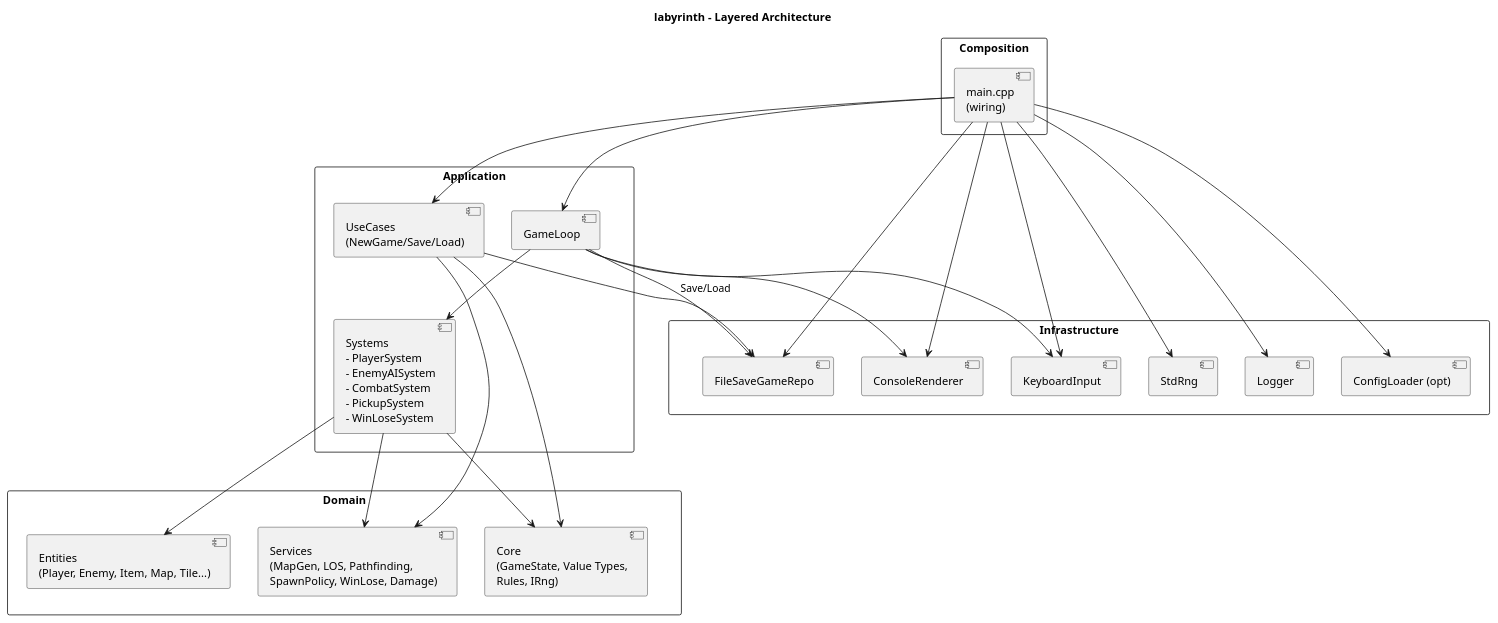
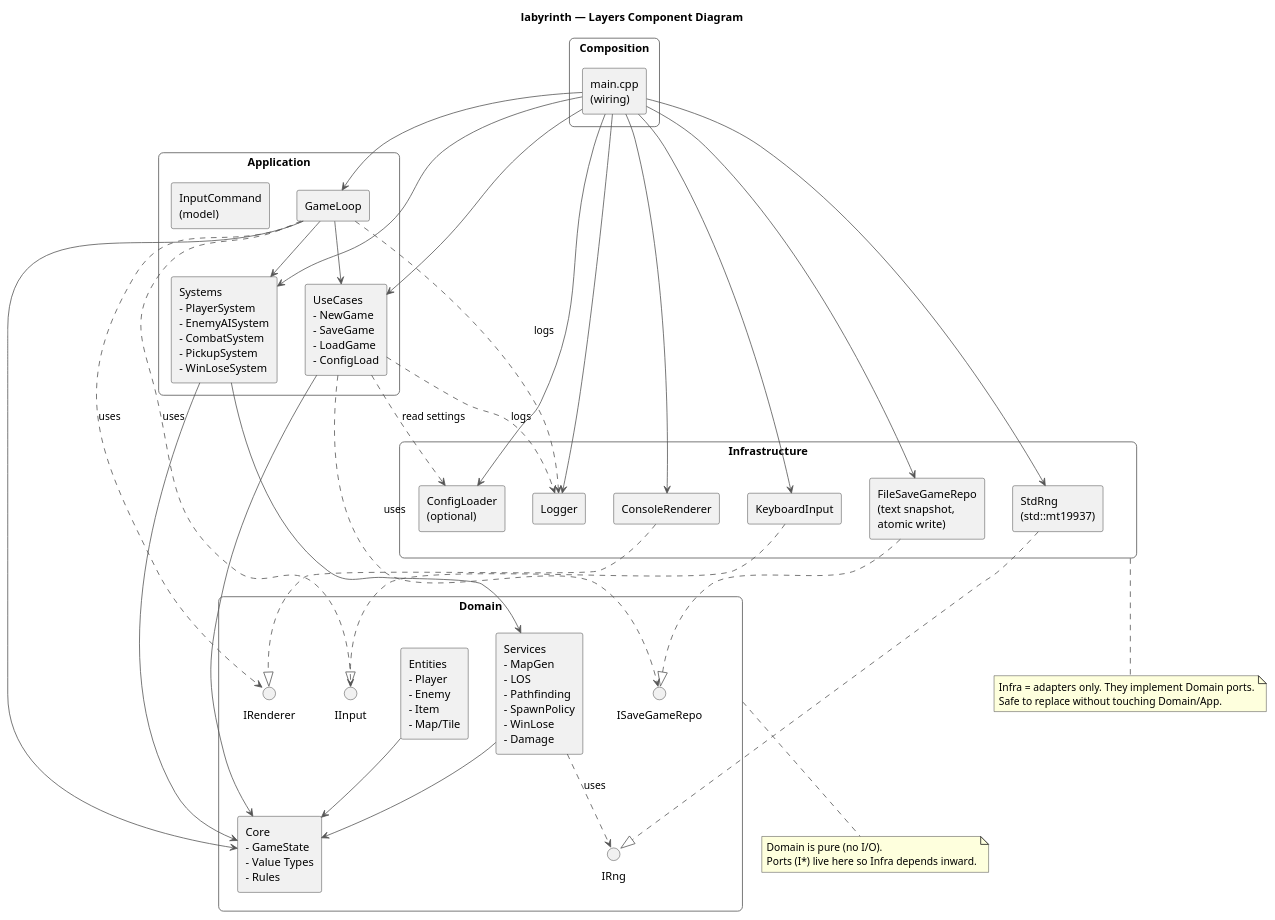
The diagram in docs/diagrams/layers_ComponentD.puml (Sage-Cat/labyrinth_game), drawn with PlantUML before and after one commit. The commit also changed 1 other file, not shown here.

Commit message:
Update docs and diagram

```diff
--- a/docs/diagrams/layers_ComponentD.puml
+++ b/docs/diagrams/layers_ComponentD.puml
@@ -1,53 +1,96 @@
 @startuml
-title "labyrinth – Layered Architecture"
+title "labyrinth — Layers Component Diagram"
 
-rectangle "Composition" as Composition {
-  component "main.cpp\n(wiring)" as Main
+skinparam componentStyle rectangle
+skinparam rectangle {
+  RoundCorner 12
+  BorderColor #555
+}
+skinparam shadowing false
+skinparam packageStyle rectangle
+skinparam ArrowColor #555
+skinparam packageTitleFontColor #222
+
+' ================== LAYERS ==================
+rectangle "Composition" as L_Composition {
+  component "main.cpp\n(wiring)" as C_Main
 }
 
-rectangle "Application" as App {
-  component "GameLoop" as GameLoop
-  component "UseCases\n(NewGame/Save/Load)" as UseCases
-  component "Systems\n- PlayerSystem\n- EnemyAISystem\n- CombatSystem\n- PickupSystem\n- WinLoseSystem" as Systems
+rectangle "Application" as L_App {
+  component "GameLoop" as C_GameLoop
+  component "UseCases\n- NewGame\n- SaveGame\n- LoadGame\n- ConfigLoad" as C_UseCases
+  component "Systems\n- PlayerSystem\n- EnemyAISystem\n- CombatSystem\n- PickupSystem\n- WinLoseSystem" as C_Systems
+  component "InputCommand\n(model)" as C_InputModel
 }
 
-rectangle "Domain" as Domain {
-  component "Entities\n(Player, Enemy, Item, Map, Tile...)" as Entities
-  component "Services\n(MapGen, LOS, Pathfinding,\nSpawnPolicy, WinLose, Damage)" as Services
-  component "Core\n(GameState, Value Types,\nRules, IRng)" as Core
+rectangle "Domain" as L_Domain {
+  component "Core\n- GameState\n- Value Types\n- Rules" as C_Core
+  component "Entities\n- Player\n- Enemy\n- Item\n- Map/Tile" as C_Entities
+  component "Services\n- MapGen\n- LOS\n- Pathfinding\n- SpawnPolicy\n- WinLose\n- Damage" as C_Services
+
+  interface "IRng" as I_Rng
+  interface "ISaveGameRepo" as I_SaveRepo
+  interface "IRenderer" as I_Renderer
+  interface "IInput" as I_Input
 }
 
-rectangle "Infrastructure" as Infra {
-  component "ConsoleRenderer" as ConsoleRenderer
-  component "KeyboardInput" as KeyboardInput
-  component "FileSaveGameRepo" as FileSave
-  component "StdRng" as StdRng
-  component "Logger" as Logger
-  component "ConfigLoader (opt)" as Config
+rectangle "Infrastructure" as L_Infra {
+  component "ConsoleRenderer" as C_ConsoleRenderer
+  component "KeyboardInput" as C_KeyboardInput
+  component "FileSaveGameRepo\n(text snapshot,\natomic write)" as C_FileRepo
+  component "StdRng\n(std::mt19937)" as C_StdRng
+  component "Logger" as C_Logger
+  component "ConfigLoader\n(optional)" as C_Config
 }
 
-Main --> GameLoop
-Main --> UseCases
-Main --> ConsoleRenderer
-Main --> KeyboardInput
-Main --> FileSave
-Main --> StdRng
-Main --> Logger
-Main --> Config
+' ================== DEPENDENCY RULES ==================
+' App depends inward on Domain (policies & state)
+C_GameLoop --> C_Core
+C_GameLoop --> C_Systems
+C_GameLoop --> C_UseCases
+C_UseCases --> C_Core
+C_Systems  --> C_Core
+C_Systems  --> C_Services
+C_Services --> C_Core
+C_Entities --> C_Core
 
-GameLoop --> Systems
-GameLoop --> ConsoleRenderer
-GameLoop --> KeyboardInput
-GameLoop --> FileSave : Save/Load
+' Ports (domain-facing interfaces) required by App
+C_GameLoop ..> I_Renderer : uses
+C_GameLoop ..> I_Input    : uses
+C_UseCases  ..> I_SaveRepo: uses
+C_Services  ..> I_Rng     : uses
 
-Systems --> Entities
-Systems --> Services
-Systems --> Core
+' Infra implements Domain ports (adapters)
+C_ConsoleRenderer ..|> I_Renderer
+C_KeyboardInput   ..|> I_Input
+C_FileRepo        ..|> I_SaveRepo
+C_StdRng          ..|> I_Rng
 
-UseCases --> Services
-UseCases --> Core
-UseCases --> FileSave
+' Composition wires everything together
+C_Main --> C_GameLoop
+C_Main --> C_UseCases
+C_Main --> C_Systems
+C_Main --> C_ConsoleRenderer
+C_Main --> C_KeyboardInput
+C_Main --> C_FileRepo
+C_Main --> C_StdRng
+C_Main --> C_Logger
+C_Main --> C_Config
 
-Infra -[hidden]down- Domain
-Domain -[hidden]down- App
+' Optional: show log/config used by app during boot / runtime
+C_GameLoop ..> C_Logger : logs
+C_UseCases  ..> C_Logger : logs
+C_UseCases  ..> C_Config : read settings
+
+' ================== NOTES ==================
+note bottom of L_Domain
+  Domain is pure (no I/O).
+  Ports (I*) live here so Infra depends inward.
+end note
+
+note bottom of L_Infra
+  Infra = adapters only. They implement Domain ports.
+  Safe to replace without touching Domain/App.
+end note
+
 @enduml
```
